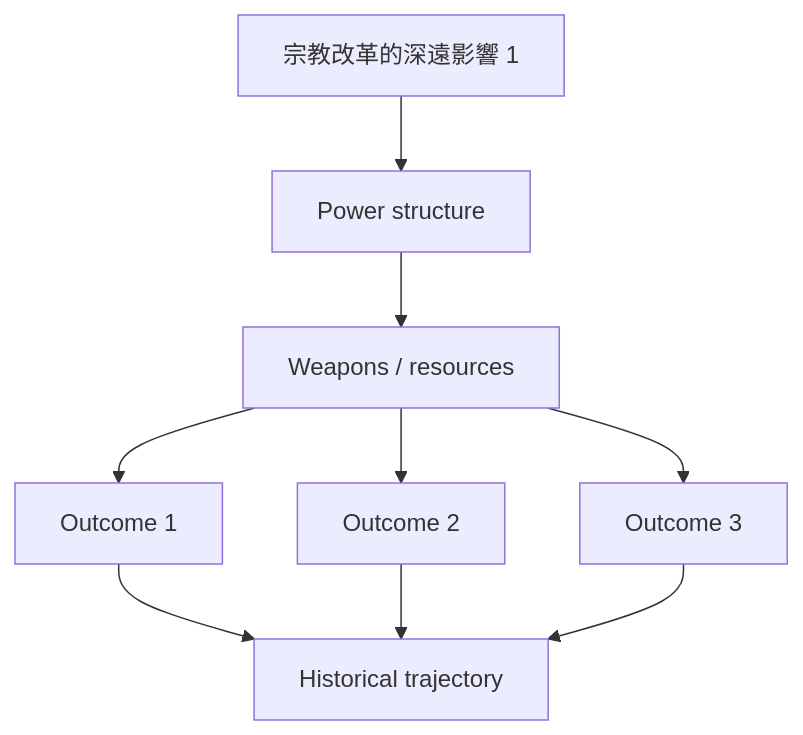
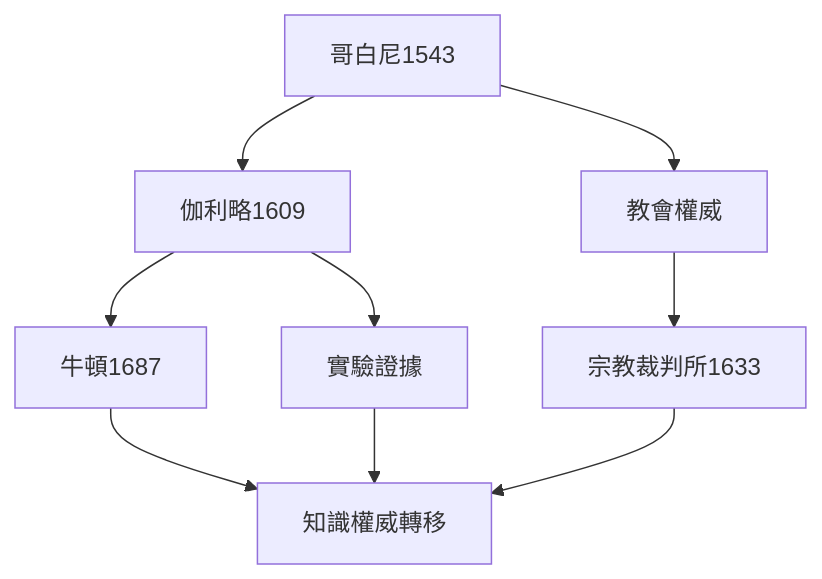
Before and after one commit to yip-lgtm/HKU-Harvard-History-Self-Study: the second of 10 diagrams in 02_Harvard_Courses/Fall_Courses/Hist55_Early_Modern_Europe.md, drawn with Mermaid. The commit also changed other lines of this file and 65 other files, not shown here.

````diff
--- a/02_Harvard_Courses/Fall_Courses/Hist55_Early_Modern_Europe.md
+++ b/02_Harvard_Courses/Fall_Courses/Hist55_Early_Modern_Europe.md
@@ -146,11 +111,11 @@
 ```mermaid
 graph TD
-    A[宗教改革的深遠影響 1] --> B[Power structure]
-    B --> C[Weapons / resources]
-    C --> D[Outcome 1]
-    C --> E[Outcome 2]
-    C --> F[Outcome 3]
-    D --> G[Historical trajectory]
-    E --> G
-    F --> G
+    A[哥白尼1543] --> B[伽利略1609]
+    B --> C[牛頓1687]
+    A --> D[教會權威]
+    B --> E[實驗證據]
+    C --> F[知識權威轉移]
+    D --> G[宗教裁判所1633]
+    E --> F
+    G --> F
 ```
````
